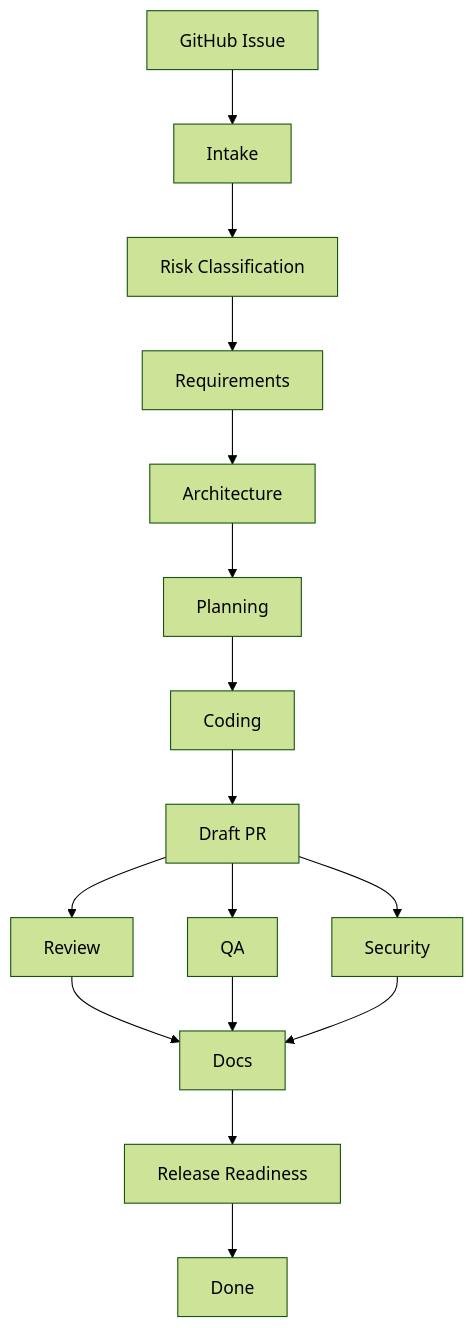
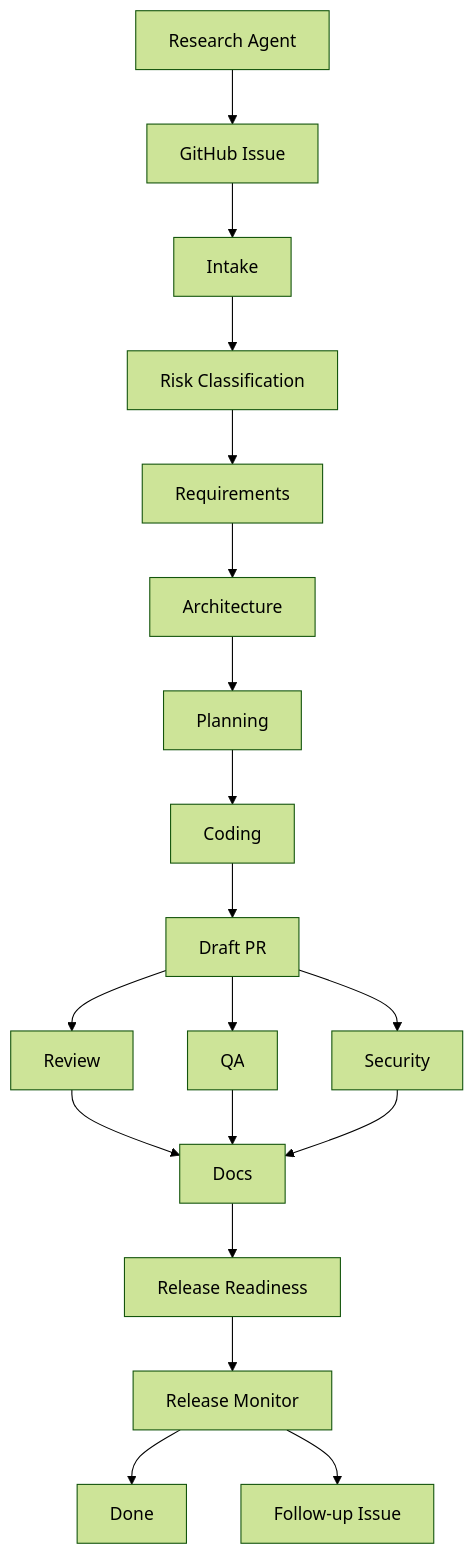
One commit to LordIllidan/AgentWorkflowPDLC changed the diagram in README.md. Above: the diagram before and after it, drawn with Mermaid (forest theme). The commit also changed other lines of this file and 10 other files, not shown here.

````diff
--- a/README.md
+++ b/README.md
@@ -16,18 +18,21 @@
 ```mermaid
 flowchart TD
+    research[Research Agent] --> issue[GitHub Issue]
     issue[GitHub Issue] --> intake[Intake]
     intake --> risk[Risk Classification]
     risk --> requirements[Requirements]
     requirements --> architecture[Architecture]
     architecture --> planning[Planning]
     planning --> coding[Coding]
     coding --> pullRequest[Draft PR]
     pullRequest --> review[Review]
     pullRequest --> qa[QA]
     pullRequest --> security[Security]
     review --> docs[Docs]
     qa --> docs
     security --> docs
     docs --> release[Release Readiness]
-    release --> done[Done]
+    release --> monitor[Release Monitor]
+    monitor --> done[Done]
+    monitor --> followUp[Follow-up Issue]
 ```
````
